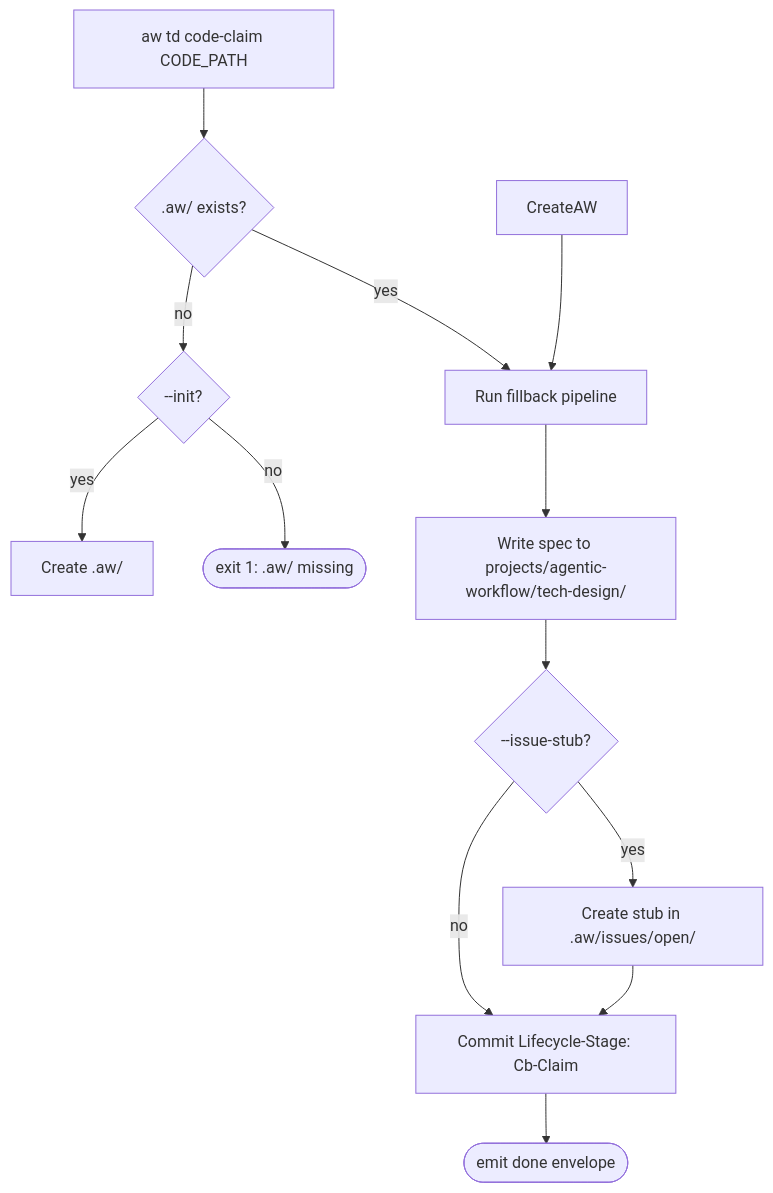
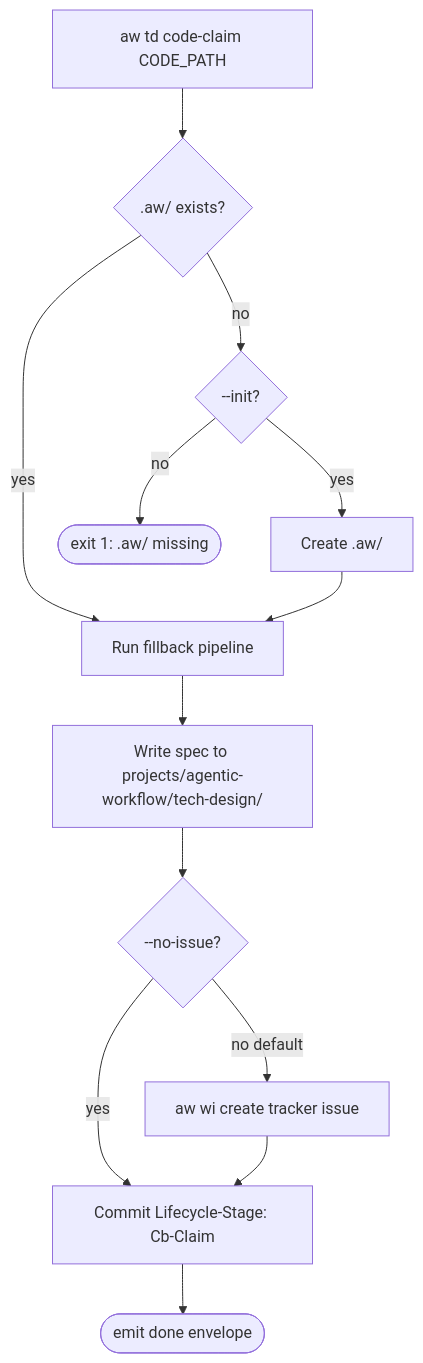
One commit to chrischeng-c4/axiom changed the diagram in .agents/skills/aw-cb-claim/SKILL.md. Above: the diagram before and after it, drawn with Mermaid. The commit also changed other lines of this file and 32 other files, not shown here.

````diff
--- a/.agents/skills/aw-cb-claim/SKILL.md
+++ b/.agents/skills/aw-cb-claim/SKILL.md
@@ -30,15 +33,15 @@
 ```mermaid
 flowchart TB
     Start[aw td code-claim CODE_PATH] --> AW{.aw/ exists?}
     AW -- no --> Init{--init?}
     Init -- yes --> CreateAw[Create .aw/]
     Init -- no --> Err1([exit 1: .aw/ missing])
     AW -- yes --> Fill
-    CreateAW --> Fill[Run fillback pipeline]
+    CreateAw --> Fill[Run fillback pipeline]
     Fill --> Spec[Write spec to projects/agentic-workflow/tech-design/]
-    Spec --> Stub{--issue-stub?}
-    Stub -- yes --> Issue[Create stub in .aw/issues/open/]
-    Stub -- no --> Trail
-    Issue --> Trail[Commit Lifecycle-Stage: Cb-Claim]
+    Spec --> Issue{--no-issue?}
+    Issue -- no default --> CreateIssue[aw wi create tracker issue]
+    Issue -- yes --> Trail
+    CreateIssue --> Trail[Commit Lifecycle-Stage: Cb-Claim]
     Trail --> Done([emit done envelope])
 ```
````
